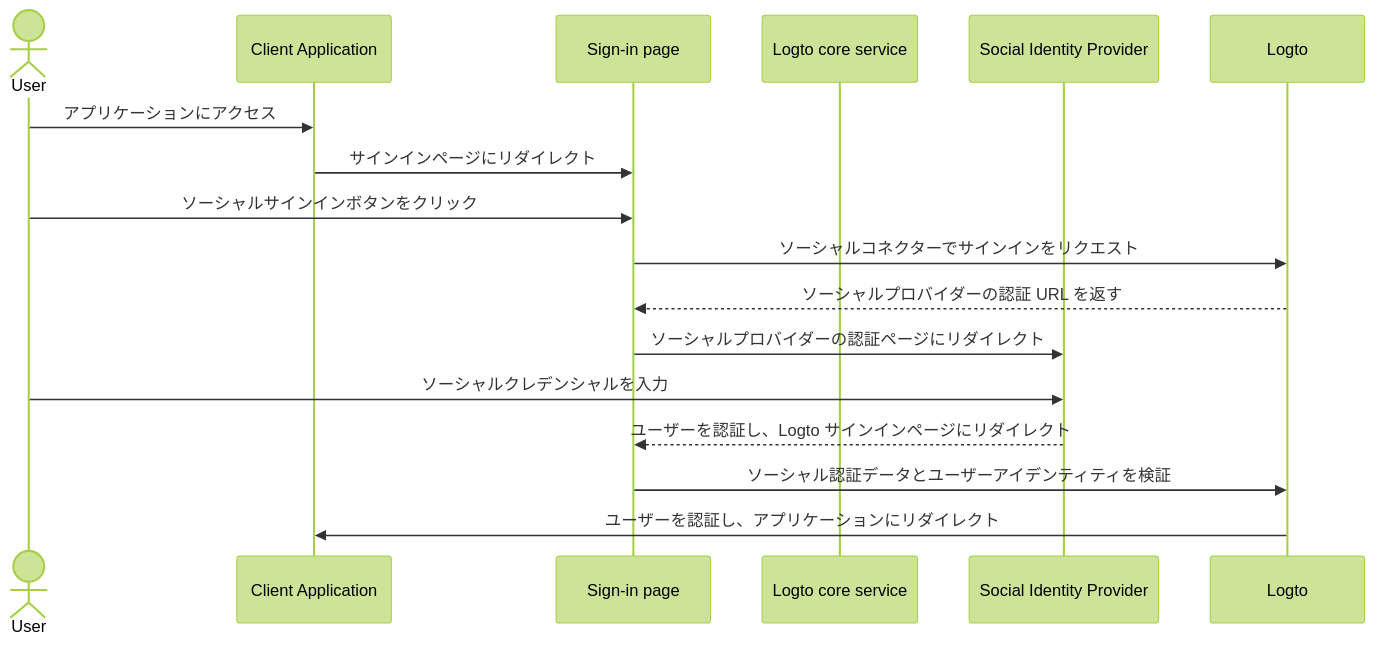
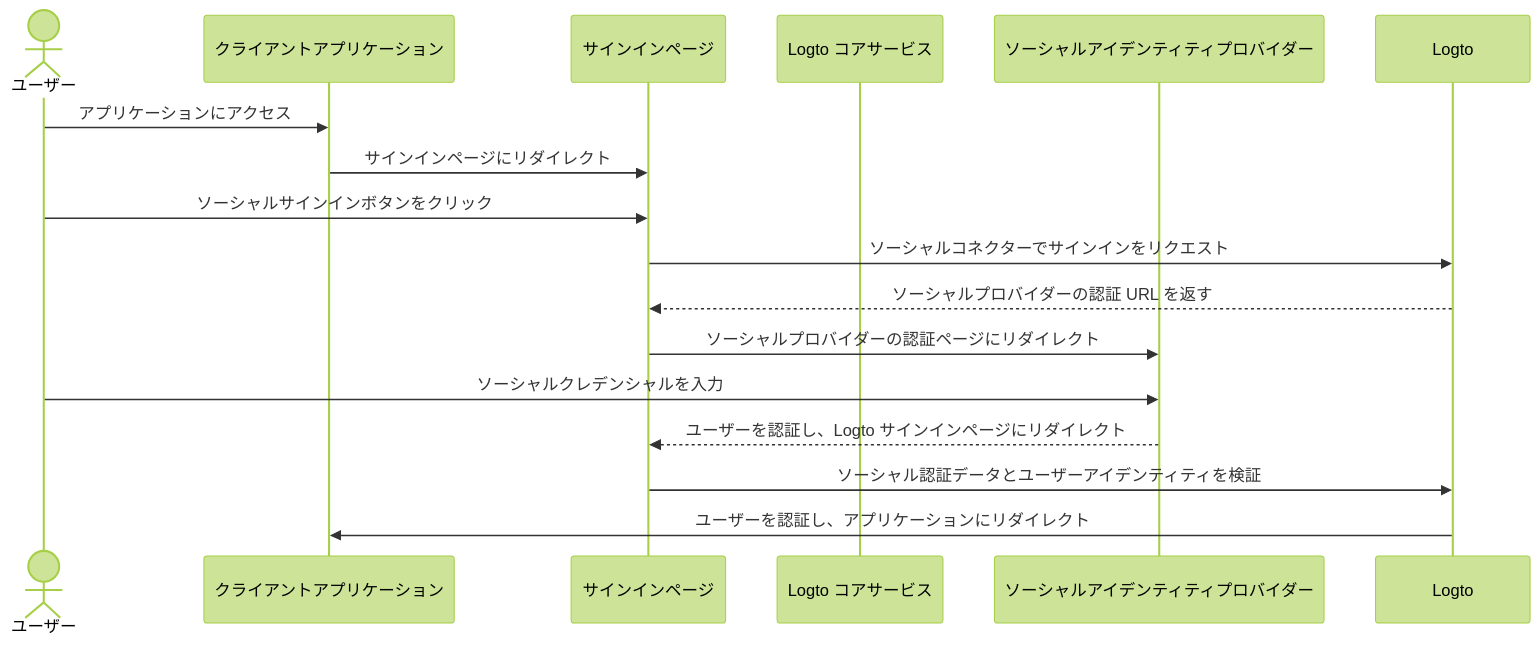
One commit to logto-io/docs changed the first of 5 diagrams in i18n/ja/docusaurus-plugin-content-docs/current/end-user-flows/sign-up-and-sign-in/social-sign-in.mdx. Above: the diagram before and after it, drawn with Mermaid (forest theme). The commit also changed other lines of this file and 2629 other files, not shown here.

````diff
--- a/i18n/ja/docusaurus-plugin-content-docs/current/end-user-flows/sign-up-and-sign-in/social-sign-in.mdx
+++ b/i18n/ja/docusaurus-plugin-content-docs/current/end-user-flows/sign-up-and-sign-in/social-sign-in.mdx
@@ -40,19 +46,19 @@
 ```mermaid
 sequenceDiagram
-    actor user as User
-    participant app as Client Application
-    participant experience as Sign-in page
-    participant logto as Logto core service
-    participant social as Social Identity Provider
+    actor user as ユーザー
+    participant app as クライアントアプリケーション
+    participant experience as サインインページ
+    participant logto as Logto コアサービス
+    participant social as ソーシャルアイデンティティプロバイダー
 
     user->>app: アプリケーションにアクセス
     app->>experience: サインインページにリダイレクト
     user->>experience: ソーシャルサインインボタンをクリック
     experience->>Logto: ソーシャルコネクターでサインインをリクエスト
     Logto-->>experience: ソーシャルプロバイダーの認証 URL を返す
     experience->>social: ソーシャルプロバイダーの認証ページにリダイレクト
     user->>social: ソーシャルクレデンシャルを入力
     social-->>experience: ユーザーを認証し、Logto サインインページにリダイレクト
     experience->>Logto: ソーシャル認証データとユーザーアイデンティティを検証
     Logto->>app: ユーザーを認証し、アプリケーションにリダイレクト
 ```
````
